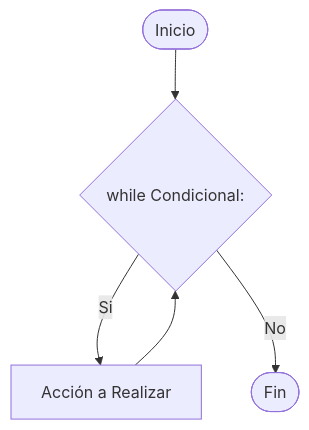
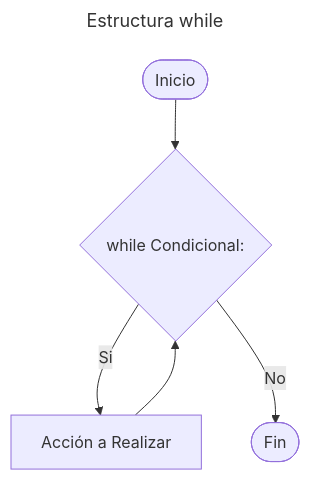
The fifth of 5 diagrams in 01-Fundamentos/05-Estructuras_de_Control/01_Condicionales.md (EnriqueChavezM/python-labs-and-tutorials), drawn with Mermaid before and after one commit. The commit also changed other lines of this file, not shown here.

Commit message:
fix(docs): add titles to flowcharts for conditional structures and loops in documentation

````diff
--- a/01-Fundamentos/05-Estructuras_de_Control/01_Condicionales.md
+++ b/01-Fundamentos/05-Estructuras_de_Control/01_Condicionales.md
@@ -153,7 +165,10 @@
 ```mermaid
+---
+title: Estructura while
+---
 graph TD
     A([Inicio]) --> B{while Condicional:}
     B -- Si --> C[Acción a Realizar]
     C --> B
     B -- No --> D([Fin])
 ```
````
